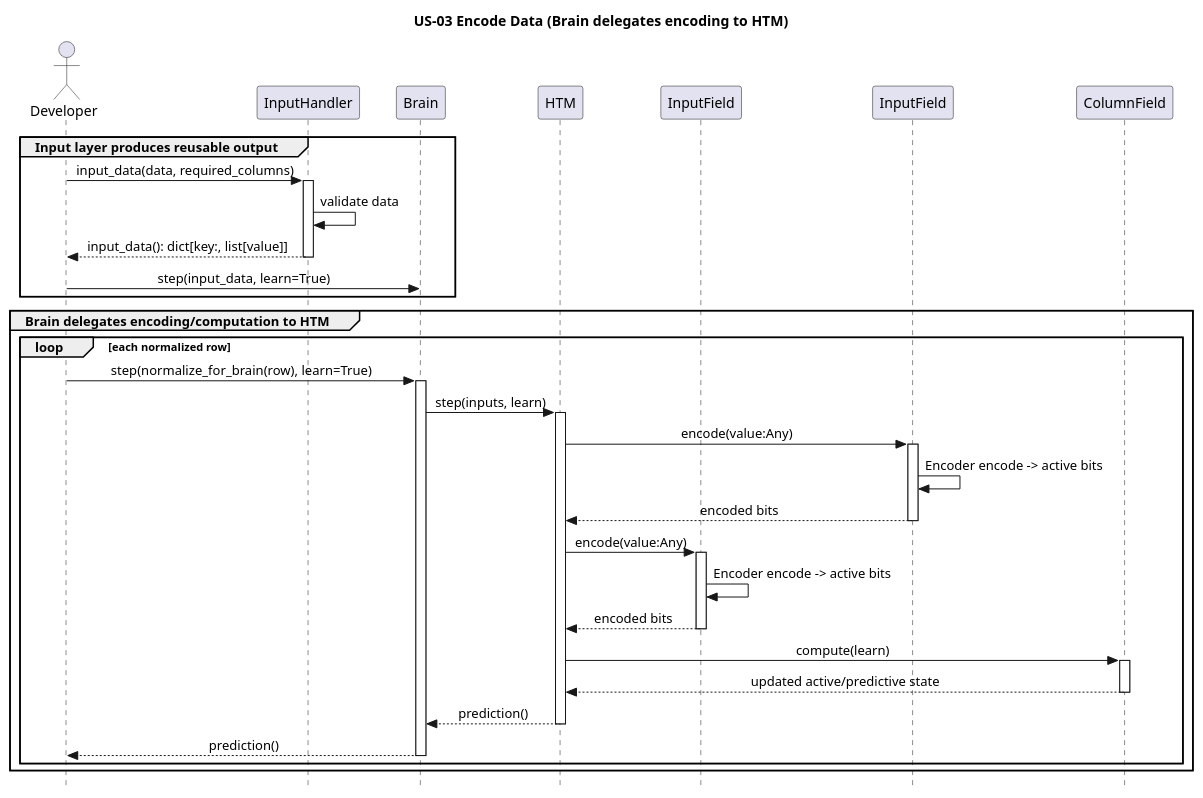
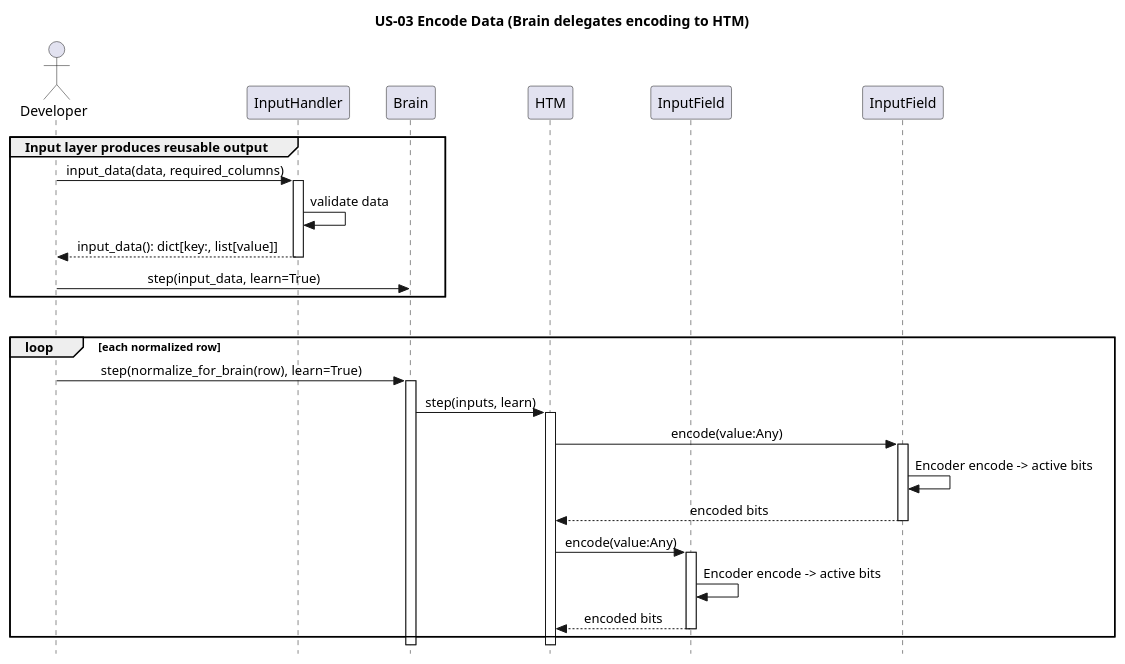
Before and after one commit to egrembocki/htmrl: the diagram in docs/puml/US/us-03.puml, drawn with PlantUML. The commit also changed 5 other files, not shown here.

```diff
--- a/docs/puml/US/us-03.puml
+++ b/docs/puml/US/us-03.puml
@@ -1,55 +1,45 @@
 @startuml
 skinparam style strictuml
 skinparam sequenceMessageAlign center
 skinparam responseMessageBelowArrow true
 title US-03 Encode Data (Brain delegates encoding to HTM)
 
 actor Developer
 participant "InputHandler" as IH
 participant "Brain" as B
 participant "HTM" as H
 participant "InputField" as IFTS
 participant "InputField" as IFKWH
-participant "ColumnField" as CF
 
 group Input layer produces reusable output
   Developer -> IH: input_data(data, required_columns)
   activate IH
   IH -> IH: validate data
   IH --> Developer: input_data(): dict[key:, list[value]]
 
   deactivate IH
   Developer -> B: step(input_data, learn=True)
 end
 
 group Brain delegates encoding/computation to HTM
   loop each normalized row
     Developer -> B: step(normalize_for_brain(row), learn=True)
     activate B
     B -> H: step(inputs, learn)
     activate H
 
     H -> IFKWH: encode(value:Any)
     activate IFKWH
     IFKWH -> IFKWH: Encoder encode -> active bits
     IFKWH --> H: encoded bits
     deactivate IFKWH
 
     H -> IFTS: encode(value:Any)
     activate IFTS
     IFTS -> IFTS: Encoder encode -> active bits
     IFTS --> H: encoded bits
     deactivate IFTS
 
-    H -> CF: compute(learn)
-    activate CF
-    CF --> H: updated active/predictive state
-    deactivate CF
-
-    H --> B: prediction()
-    deactivate H
-    B --> Developer: prediction()
-    deactivate B
-  end
+  
 end
 @enduml
```
